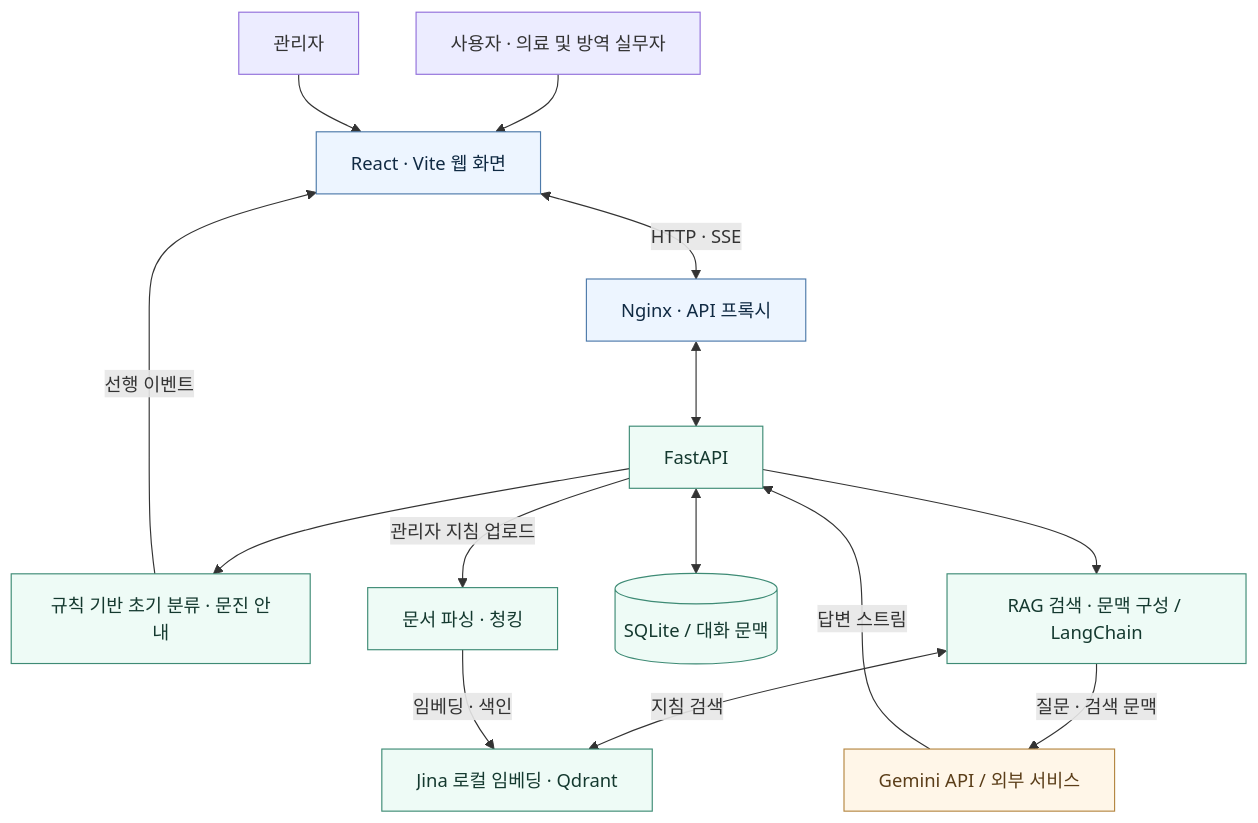
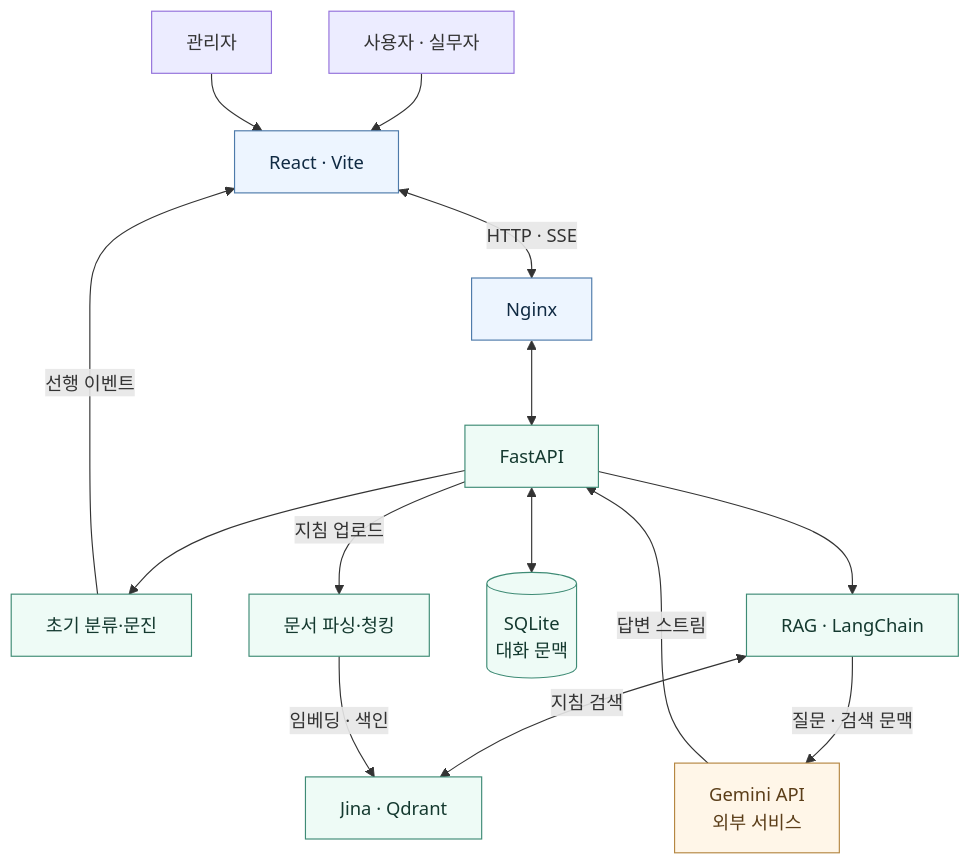
The diagram in profile/README.md (BootCampEW/.github), drawn with Mermaid before and after one commit.

Commit message:
docs(profile): improve architecture diagram readability

````diff
--- a/profile/README.md
+++ b/profile/README.md
@@ -40,24 +40,24 @@
 ```mermaid
 flowchart TB
-    User["사용자 · 의료 및 방역 실무자"] --> Web["React · Vite 웹 화면"]
+    User["사용자 · 실무자"] --> Web["React · Vite"]
     Admin["관리자"] --> Web
-    Web <-->|"HTTP · SSE"| Proxy["Nginx · API 프록시"]
+    Web <-->|"HTTP · SSE"| Proxy["Nginx"]
     Proxy <--> API["FastAPI"]
 
-    API --> Triage["규칙 기반 초기 분류 · 문진 안내"]
+    API --> Triage["초기 분류·문진"]
     Triage -->|"선행 이벤트"| Web
-    API --> RAG["RAG 검색 · 문맥 구성 / LangChain"]
-    RAG <-->|"지침 검색"| Search["Jina 로컬 임베딩 · Qdrant"]
-    RAG -->|"질문 · 검색 문맥"| LLM["Gemini API / 외부 서비스"]
+    API --> RAG["RAG · LangChain"]
+    RAG <-->|"지침 검색"| Search["Jina · Qdrant"]
+    RAG -->|"질문 · 검색 문맥"| LLM["Gemini API<br/>외부 서비스"]
     LLM -->|"답변 스트림"| API
-    API <--> Conversation[("SQLite / 대화 문맥")]
-    API -->|"관리자 지침 업로드"| Parse["문서 파싱 · 청킹"]
+    API <--> Conversation[("SQLite<br/>대화 문맥")]
+    API -->|"지침 업로드"| Parse["문서 파싱·청킹"]
     Parse -->|"임베딩 · 색인"| Search
 
     classDef web fill:#edf5ff,stroke:#4d7aaa,color:#102a43
     classDef core fill:#eefbf6,stroke:#3e8b75,color:#14392f
     classDef external fill:#fff6e8,stroke:#b58742,color:#5b3e19
     class Web,Proxy web
     class API,RAG,Search,Triage,Parse,Conversation core
     class LLM external
 ```
````
